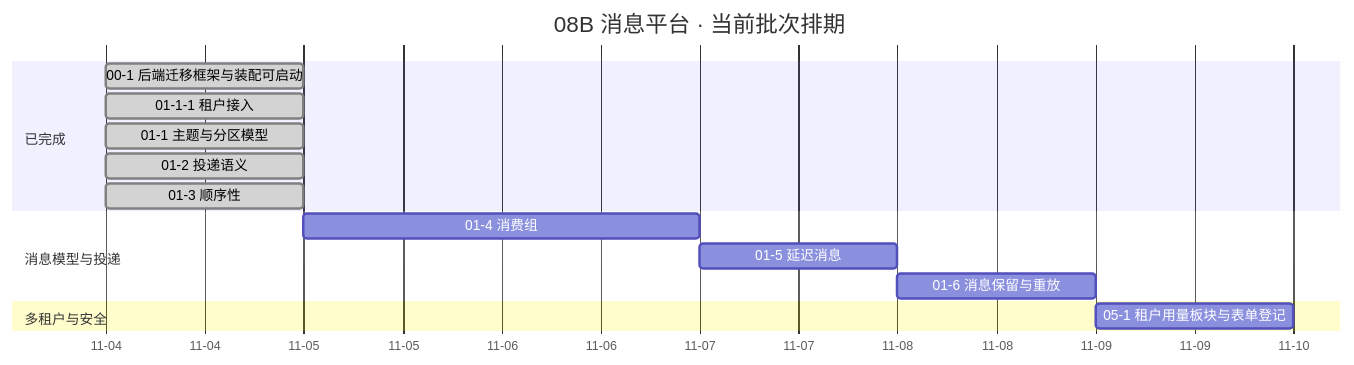
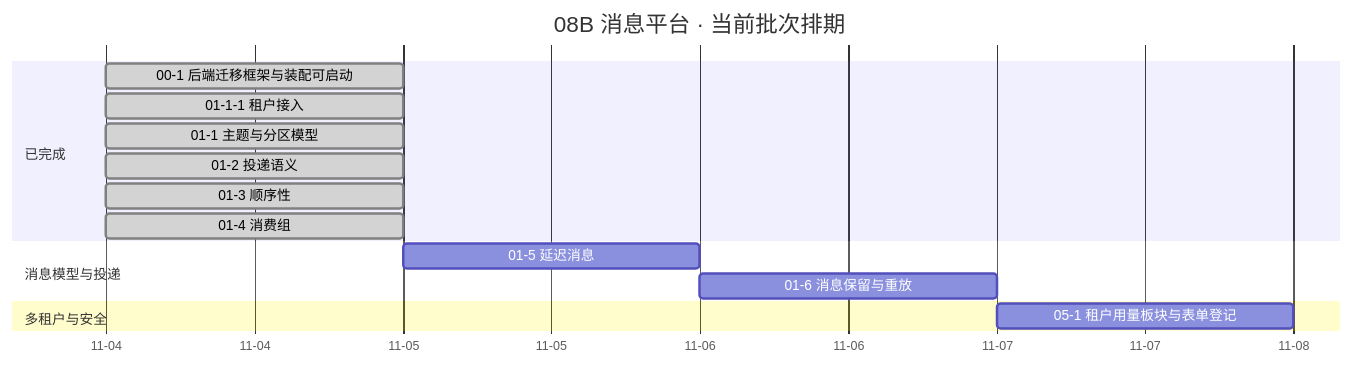
One commit to minjian123/message-platform changed the diagram in msg文档/项目/08B_消息平台/计划/01_计划_消息平台.md. Above: the diagram before and after it, drawn with Mermaid. The commit also changed other lines of this file and 2 other files, not shown here.

Commit message:
docs(msg): 01-4 消费组（实施与测试记录 / 计划回写）

````diff
--- a/msg文档/项目/08B_消息平台/计划/01_计划_消息平台.md
+++ b/msg文档/项目/08B_消息平台/计划/01_计划_消息平台.md
@@ -46,18 +46,18 @@
 ```mermaid
 gantt
     title 08B 消息平台 · 当前批次排期
     dateFormat YYYY-MM-DD
     axisFormat %m-%d
     section 已完成
     00-1 后端迁移框架与装配可启动 :done, d001, 2026-11-04, 1d
     01-1-1 租户接入 :done, d0111, 2026-11-04, 1d
     01-1 主题与分区模型 :done, t011, 2026-11-04, 1d
     01-2 投递语义 :done, t012, 2026-11-04, 1d
     01-3 顺序性 :done, t013, 2026-11-04, 1d
+    01-4 消费组 :done, t014, 2026-11-04, 1d
     section 消息模型与投递
-    01-4 消费组 :t014, after t013, 2d
     01-5 延迟消息 :t015, after t014, 1d
     01-6 消息保留与重放 :t016, after t015, 1d
     section 多租户与安全
     05-1 租户用量板块与表单登记 :t051, after t016, 1d
 ```
````
